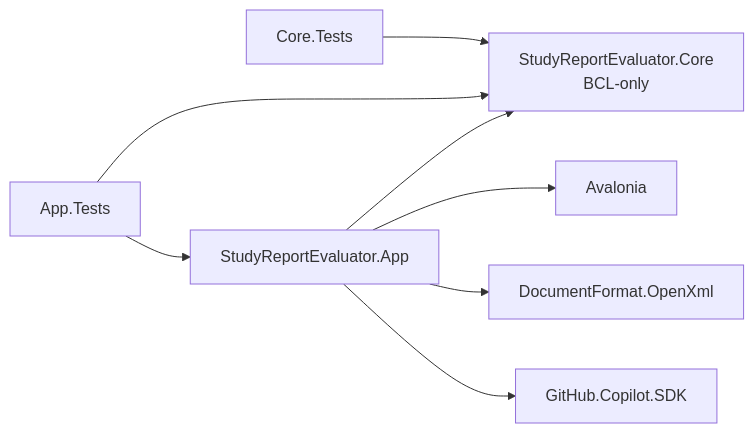
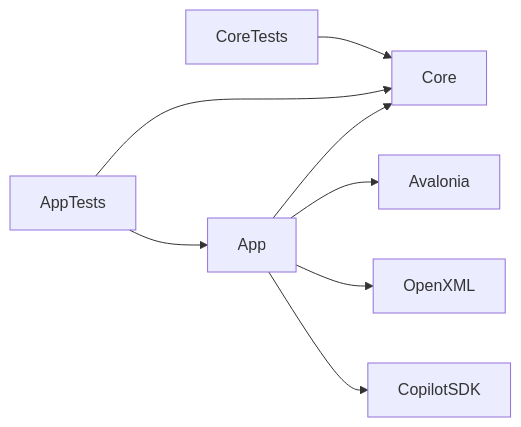
Before and after one commit to dahatake/StudyReport-Evaluator: the first of 2 diagrams in docs-dev/architecture.md, drawn with Mermaid. The commit also changed other lines of this file and 137 other files, not shown here.

````diff
--- a/docs-dev/architecture.md
+++ b/docs-dev/architecture.md
@@ -25,10 +22,10 @@
 ```mermaid
 flowchart LR
-    CoreTests[Core.Tests] --> Core[StudyReportEvaluator.Core\nBCL-only]
-    AppTests[App.Tests] --> App[StudyReportEvaluator.App]
+    CoreTests --> Core
+    AppTests --> App
     AppTests --> Core
     App --> Core
-    App --> Avalonia[Avalonia]
-    App --> OpenXml[DocumentFormat.OpenXml]
-    App --> Copilot[GitHub.Copilot.SDK]
+    App --> Avalonia
+    App --> OpenXML
+    App --> CopilotSDK
 ```
````
